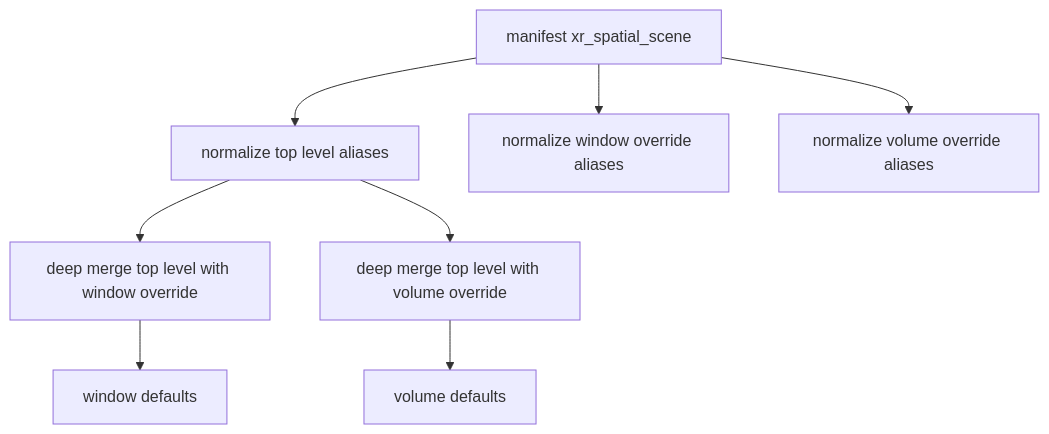
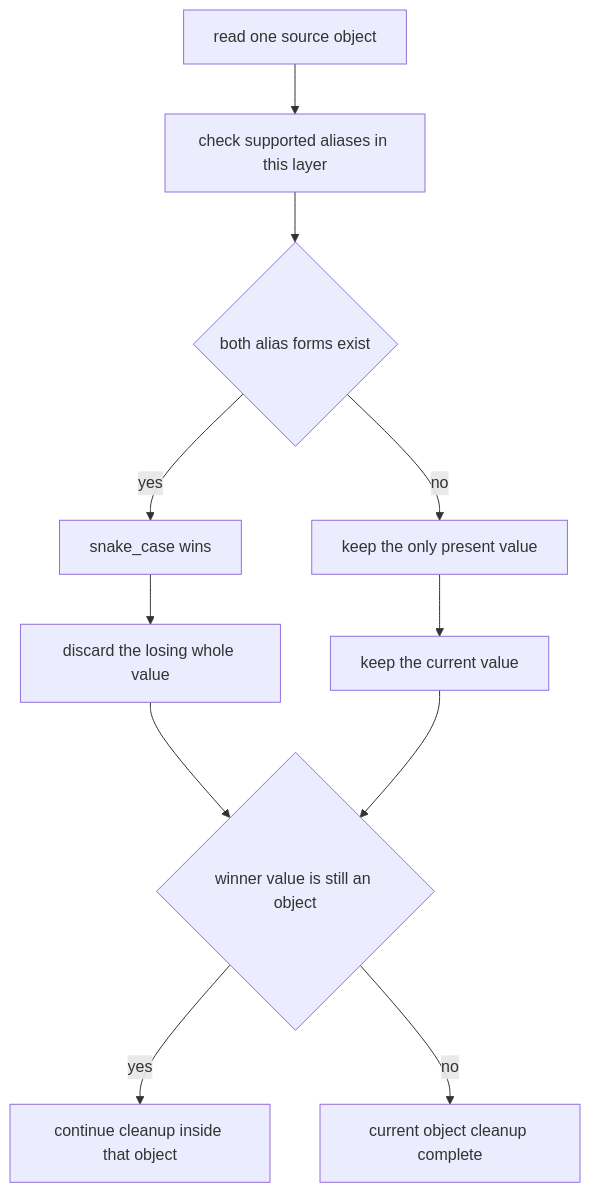
Before and after one commit to webspatial/webspatial-sdk: the first of 2 diagrams in openspec/changes/manifest-scene-aliases/design.md, drawn with Mermaid. The commit also changed other lines of this file and 8 other files, not shown here.

````diff
--- a/openspec/changes/manifest-scene-aliases/design.md
+++ b/openspec/changes/manifest-scene-aliases/design.md
@@ -25,10 +25,13 @@
 ```mermaid
 flowchart TD
-    A[manifest xr_spatial_scene] --> B[normalize top level aliases]
-    A --> C[normalize window override aliases]
-    A --> D[normalize volume override aliases]
-    B --> E[deep merge top level with window override]
-    B --> F[deep merge top level with volume override]
-    E --> G[window defaults]
-    F --> H[volume defaults]
+    A[read one source object] --> B[check supported aliases in this layer]
+    B --> C{both alias forms exist}
+    C -->|yes| D[snake_case wins]
+    C -->|no| E[keep the only present value]
+    D --> F[discard the losing whole value]
+    E --> G[keep the current value]
+    F --> H{winner value is still an object}
+    G --> H
+    H -->|yes| I[continue cleanup inside that object]
+    H -->|no| J[current object cleanup complete]
 ```
````
